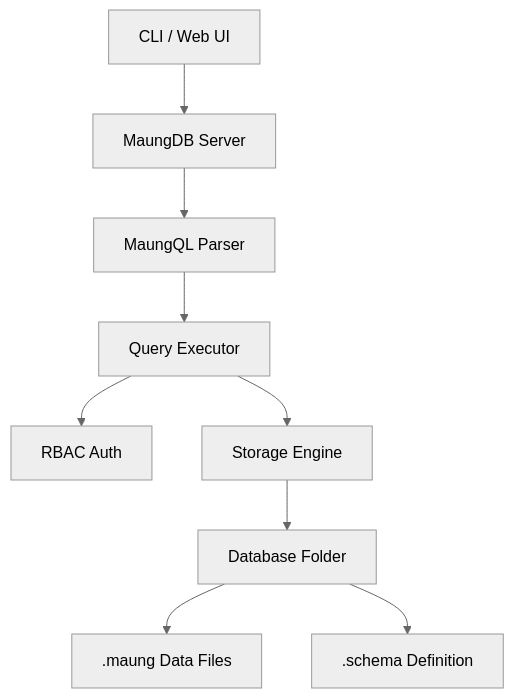
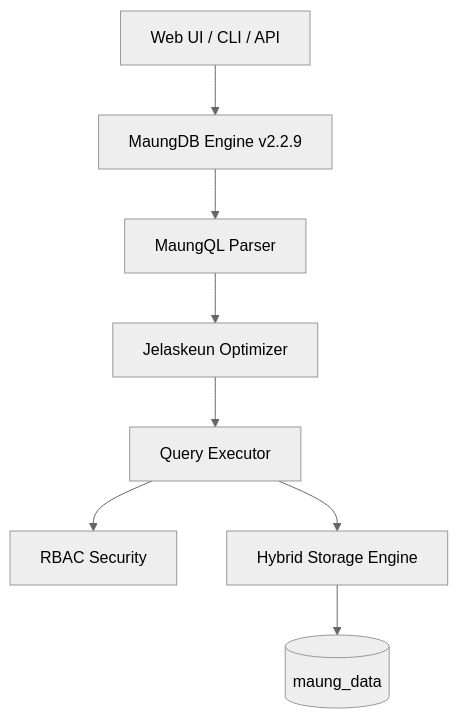
One commit to febrd/maungdb changed the diagram in README.md. Above: the diagram before and after it, drawn with Mermaid (neutral theme). The commit also changed other lines of this file, not shown here.

````diff
--- a/README.md
+++ b/README.md
@@ -39,12 +21,11 @@
 ```mermaid
 graph TD;
-    Client[CLI / Web UI] --> Server[MaungDB Server];
+    Client[Web UI / CLI / API] --> Server[MaungDB Engine v2.2.9];
     Server --> Parser[MaungQL Parser];
-    Parser --> Executor[Query Executor];
-    Executor --> Auth[RBAC Auth];
-    Executor --> Engine[Storage Engine];
-    Engine --> DB[Database Folder];
-    DB --> Table[.maung Data Files];
-    DB --> Schema[.schema Definition];
+    Parser --> Optimizer[Jelaskeun Optimizer];
+    Optimizer --> Executor[Query Executor];
+    Executor --> Auth[RBAC Security];
+    Executor --> Engine[Hybrid Storage Engine];
+    Engine --> Disk[(maung_data)];
 
 ```
````
